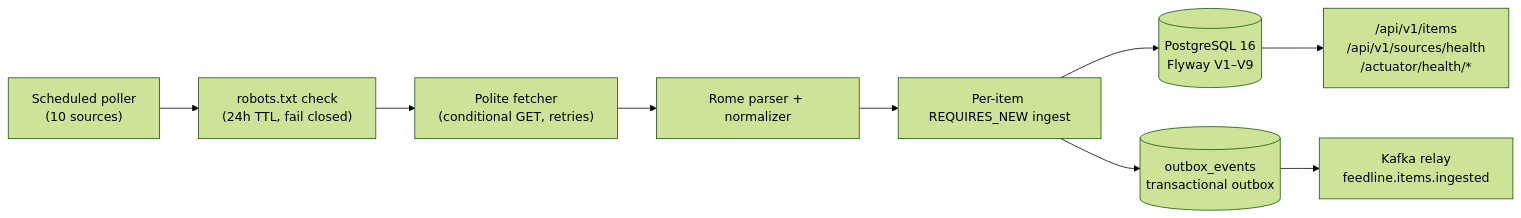
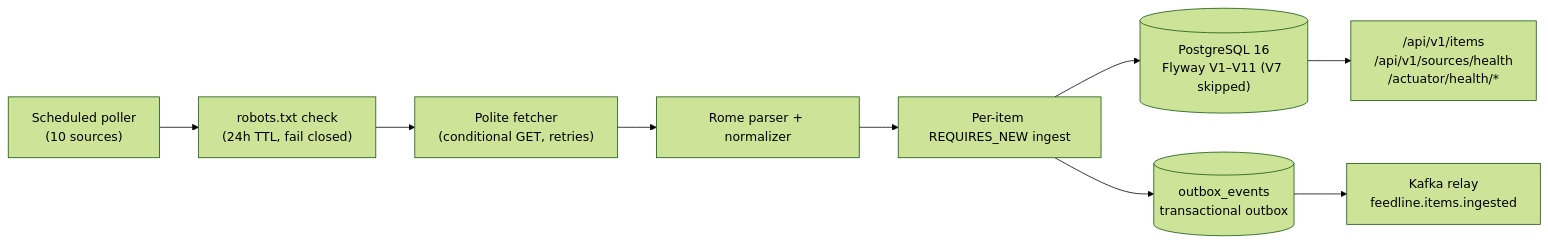
Before and after one commit to kopekijay11-hub/feedline: the diagram in README.md, drawn with Mermaid (forest theme). The commit also changed other lines of this file and 1 other file, not shown here.

````diff
--- a/README.md
+++ b/README.md
@@ -49,11 +52,11 @@
 ```mermaid
 flowchart LR
     S["Scheduled poller<br/>(10 sources)"] --> R["robots.txt check<br/>(24h TTL, fail closed)"]
     R --> F["Polite fetcher<br/>(conditional GET, retries)"]
     F --> P["Rome parser + normalizer"]
     P --> I["Per-item REQUIRES_NEW ingest"]
-    I --> DB[("PostgreSQL 16<br/>Flyway V1–V9")]
+    I --> DB[("PostgreSQL 16<br/>Flyway V1–V11 (V7 skipped)")]
     I --> O[("outbox_events<br/>transactional outbox")]
     O --> K["Kafka relay<br/>feedline.items.ingested"]
     DB --> A["/api/v1/items<br/>/api/v1/sources/health<br/>/actuator/health/*"]
 ```
````
